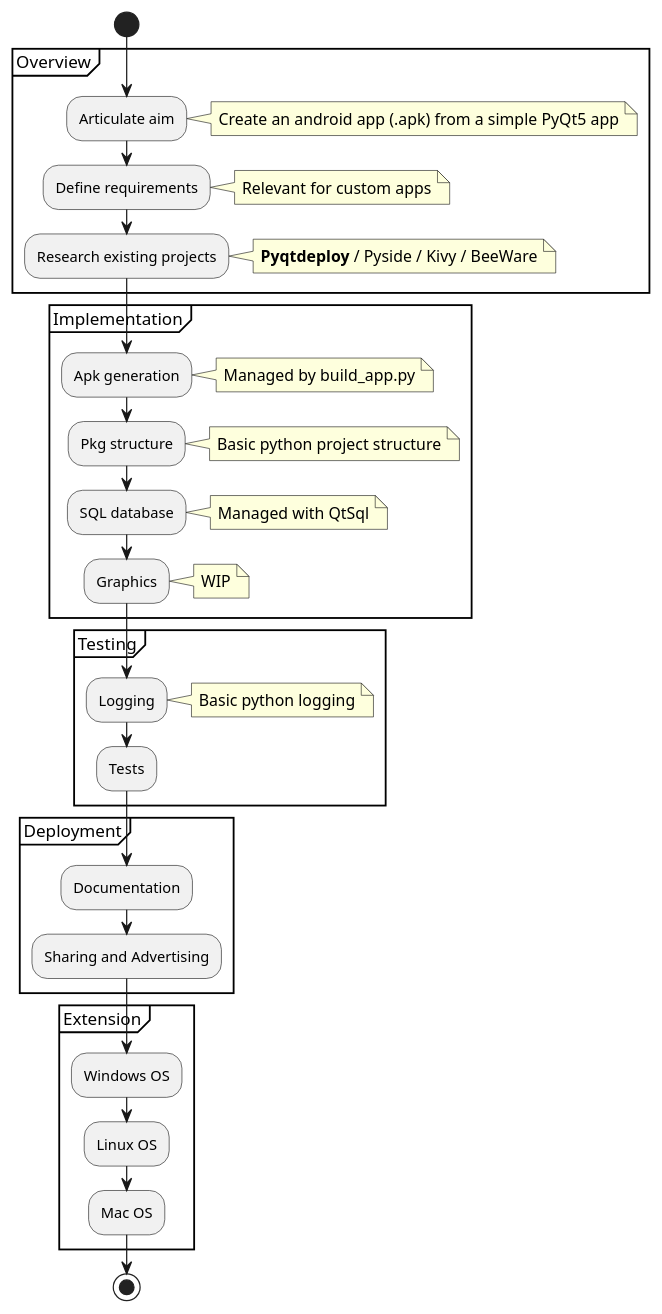
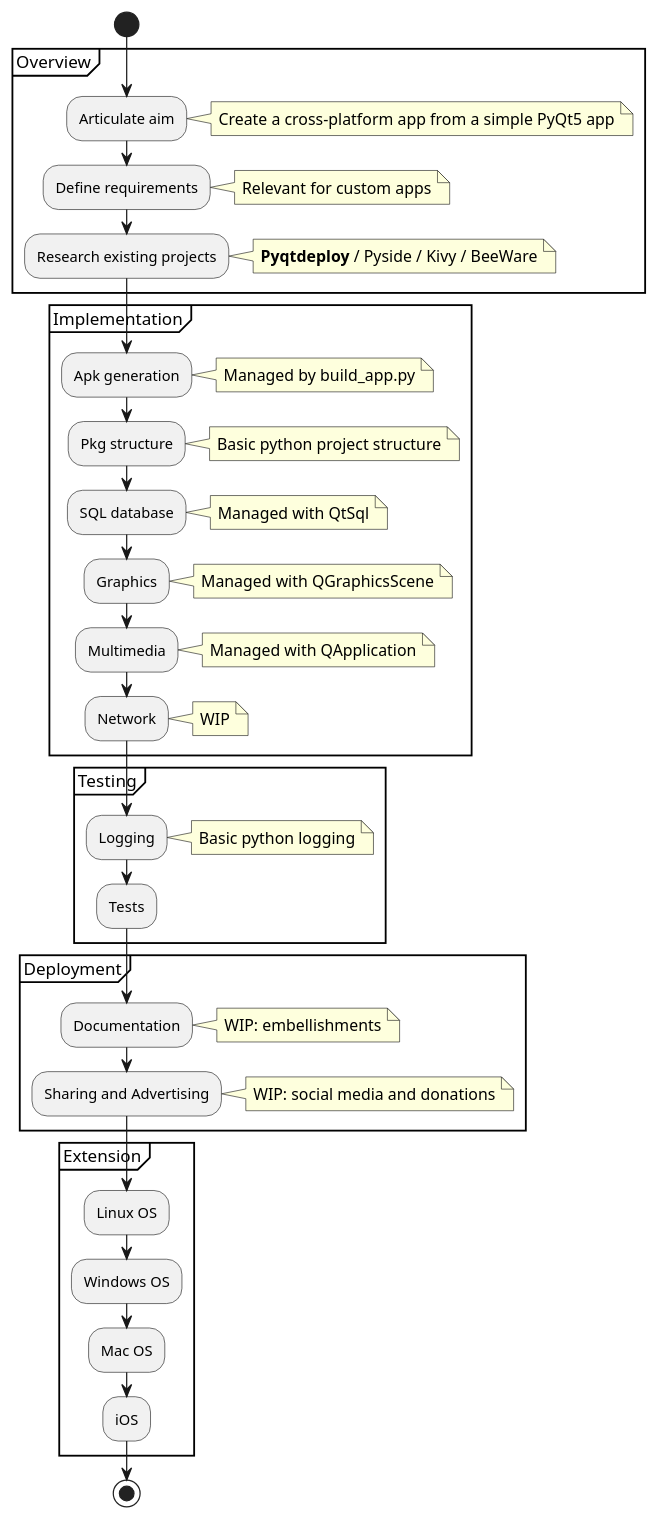
Before and after one commit to achille-martin/pyqt-crom: the diagram in doc/roadmap/roadmap.iuml, drawn with PlantUML.

Commit message:
Updated roadmap to reflect feature changes and deployment anticipations

```diff
--- a/doc/roadmap/roadmap.iuml
+++ b/doc/roadmap/roadmap.iuml
@@ -1,52 +1,67 @@
 @startuml
 start
 partition Overview {
     :Articulate aim;
     note right
-        Create an android app (.apk) from a simple PyQt5 app
+        Create a cross-platform app from a simple PyQt5 app
     end note
     :Define requirements;
     note right
       Relevant for custom apps
     end note
     :Research existing projects;
     note right
         **Pyqtdeploy** / Pyside / Kivy / BeeWare
     end note
 }
 partition Implementation {
     :Apk generation;
     note right
       Managed by build_app.py
     end note
     :Pkg structure;
     note right
       Basic python project structure
     end note
     :SQL database;
     note right
       Managed with QtSql
     end note
     :Graphics;
     note right
+      Managed with QGraphicsScene
+    end note
+    :Multimedia;
+    note right
+      Managed with QApplication
+    end note
+    :Network;
+    note right
       WIP
-    end note    
+    end note
 }
 partition Testing {
     :Logging;
     note right
       Basic python logging
     end note
     :Tests;
 }
 partition Deployment {
     :Documentation;
+    note right
+      WIP: embellishments
+    end note
     :Sharing and Advertising;
+    note right
+      WIP: social media and donations
+    end note
 }
 partition Extension {
+    :Linux OS;
     :Windows OS;
-    :Linux OS;
     :Mac OS;
+    :iOS;
 }
 stop
 @enduml
```
